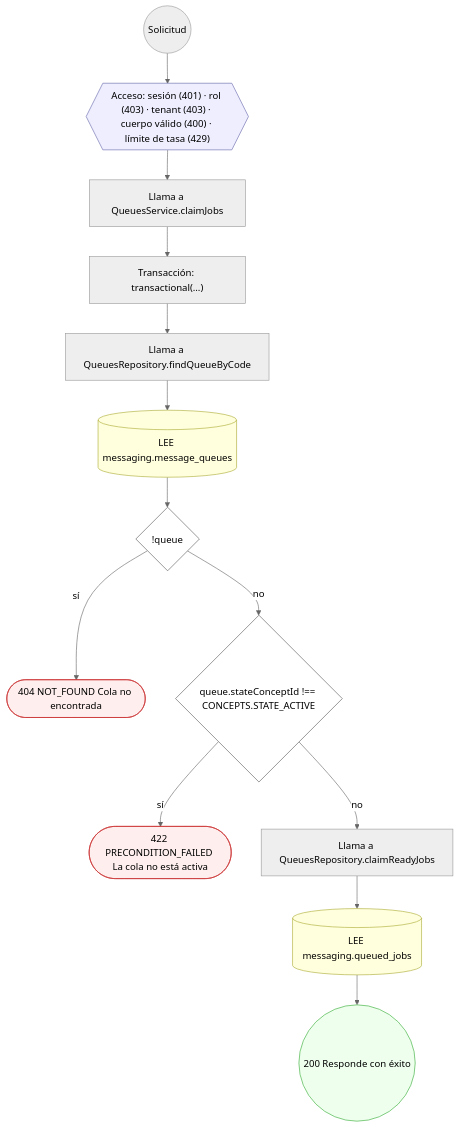
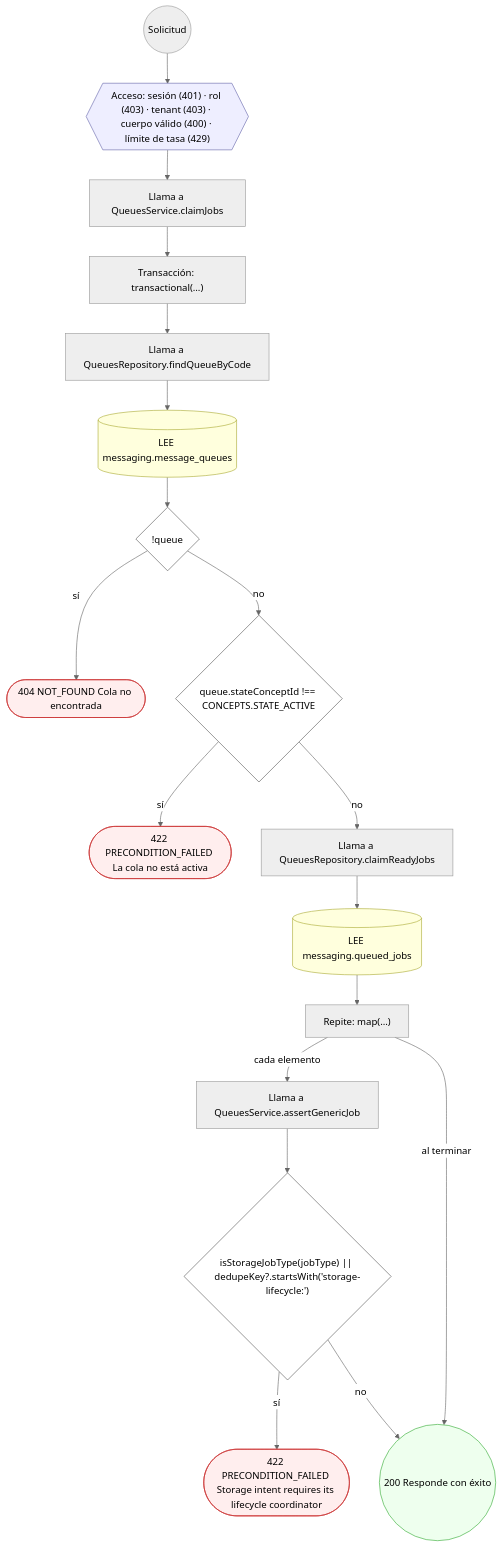
The ninth of 17 diagrams in docs/inventario/flujos/messaging.md (mdavila-2001/mantra-core-health-api), drawn with Mermaid (neutral theme) before and after one commit. The commit also changed other lines of this file and 451 other files, not shown here.

````diff
--- a/docs/inventario/flujos/messaging.md
+++ b/docs/inventario/flujos/messaging.md
@@ -663,34 +675,43 @@
 ```mermaid
 flowchart TD
   n1(("Solicitud")):::inicio
   n2{{"Acceso: sesión (401) · rol (403) · tenant (403) · cuerpo válido (400) · límite de tasa (429)"}}:::acceso
   n1 --> n2
   n3["Llama a QueuesService.claimJobs"]:::llamada
   n2 --> n3
   n4["Transacción: transactional(…)"]:::transaccion
   n3 --> n4
   n5["Llama a QueuesRepository.findQueueByCode"]:::llamada
   n4 --> n5
   n6[("LEE messaging.message_queues")]:::efecto
   n5 --> n6
   n7{"!queue"}:::decision
   n6 --> n7
   n8(["404 NOT_FOUND Cola no encontrada"]):::error
   n7 -->|"sí"| n8
   n9{"queue.stateConceptId !== CONCEPTS.STATE_ACTIVE"}:::decision
   n7 -->|"no"| n9
   n10(["422 PRECONDITION_FAILED La cola no está activa"]):::error
   n9 -->|"sí"| n10
   n11["Llama a QueuesRepository.claimReadyJobs"]:::llamada
   n9 -->|"no"| n11
   n12[("LEE messaging.queued_jobs")]:::efecto
   n11 --> n12
-  n13(("200 Responde con éxito")):::ok
+  n13["Repite: map(…)"]:::bucle
   n12 --> n13
+  n14["Llama a QueuesService.assertGenericJob"]:::llamada
+  n13 -->|"cada elemento"| n14
+  n15{"isStorageJobType(jobType) || dedupeKey?.startsWith('storage-lifecycle:')"}:::decision
+  n14 --> n15
+  n16(["422 PRECONDITION_FAILED Storage intent requires its lifecycle coordinator"]):::error
+  n15 -->|"sí"| n16
+  n17(("200 Responde con éxito")):::ok
+  n15 -->|"no"| n17
+  n13 -->|"al terminar"| n17
   classDef acceso fill:#eef,stroke:#66a
   classDef error fill:#fee,stroke:#c33
   classDef ok fill:#efe,stroke:#3a3
   classDef efecto fill:#ffd,stroke:#aa3
   classDef decision fill:#fff,stroke:#555
   classDef corte fill:#eee,stroke:#999,stroke-dasharray: 4
 ```
````
